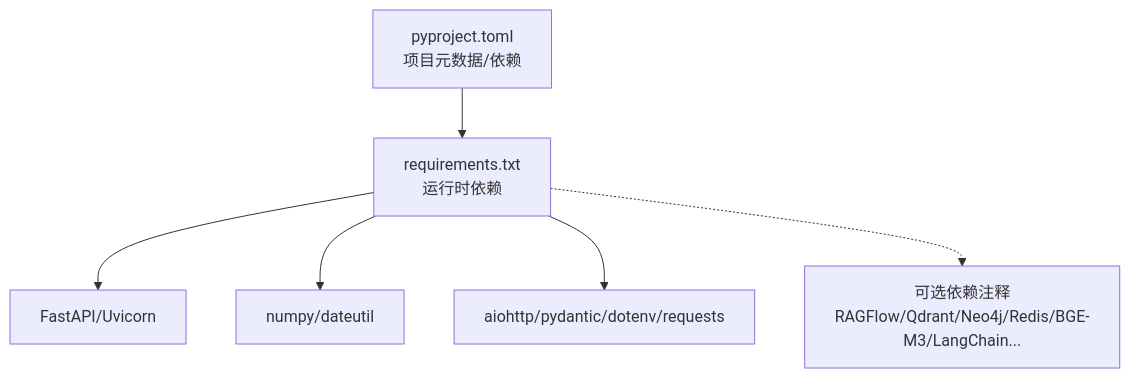
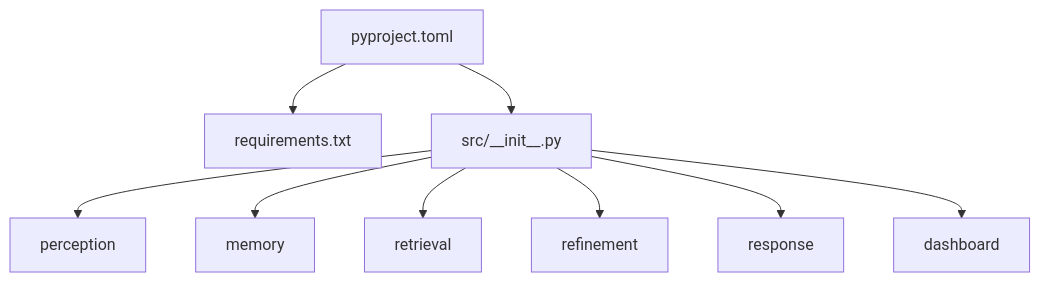
One commit to JieGaoPrinceton/NecoRAG changed the tenth of 10 diagrams in .qoder/repowiki/zh/content/开发者指南/开发者指南.md. Above: the diagram before and after it, drawn with Mermaid. The commit also changed other lines of this file and 76 other files, not shown here.

````diff
--- a/.qoder/repowiki/zh/content/开发者指南/开发者指南.md
+++ b/.qoder/repowiki/zh/content/开发者指南/开发者指南.md
@@ -324,8 +342,11 @@
 ```mermaid
 graph TB
-P["pyproject.toml<br/>项目元数据/依赖"] --> Core["requirements.txt<br/>运行时依赖"]
-Core --> FastAPI["FastAPI/Uvicorn"]
-Core --> Numpy["numpy/dateutil"]
-Core --> Utils["aiohttp/pydantic/dotenv/requests"]
-Core -.-> Optional["可选依赖注释<br/>RAGFlow/Qdrant/Neo4j/Redis/BGE-M3/LangChain..."]
+P["pyproject.toml"] --> R["requirements.txt"]
+P --> S["src/__init__.py"]
+S --> M1["perception"]
+S --> M2["memory"]
+S --> M3["retrieval"]
+S --> M4["refinement"]
+S --> M5["response"]
+S --> M6["dashboard"]
 ```
````
